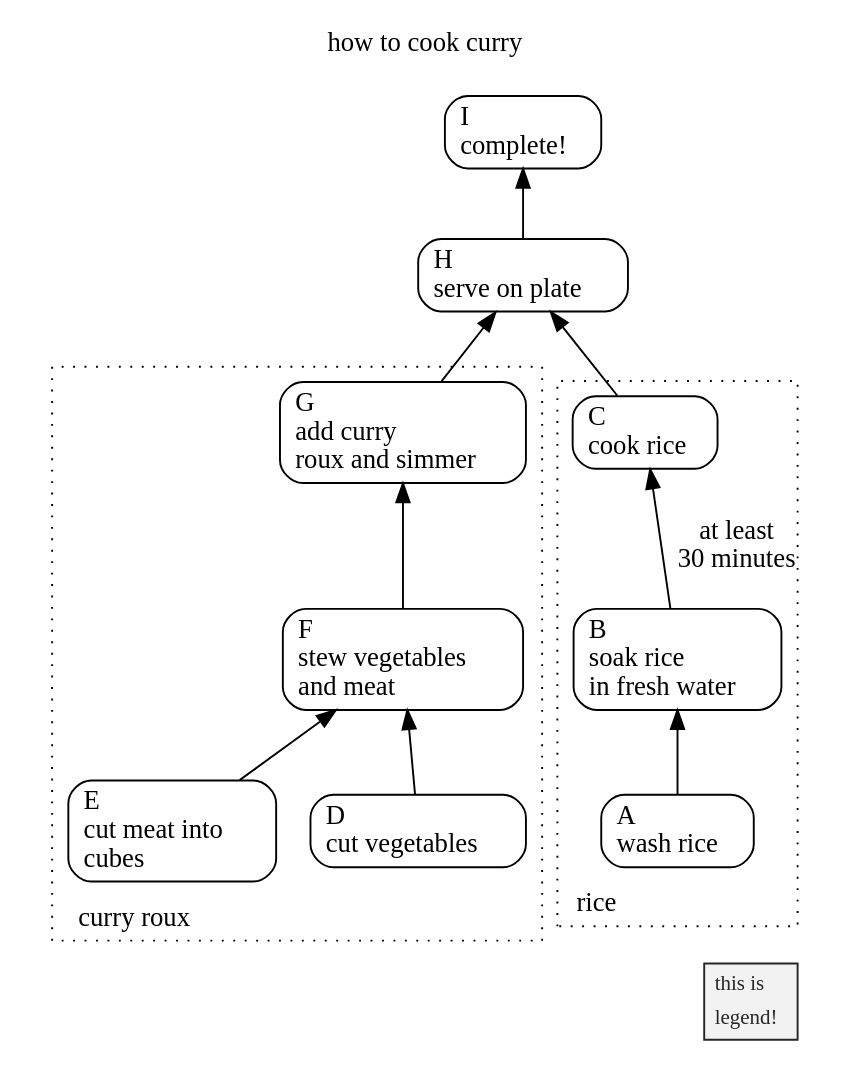
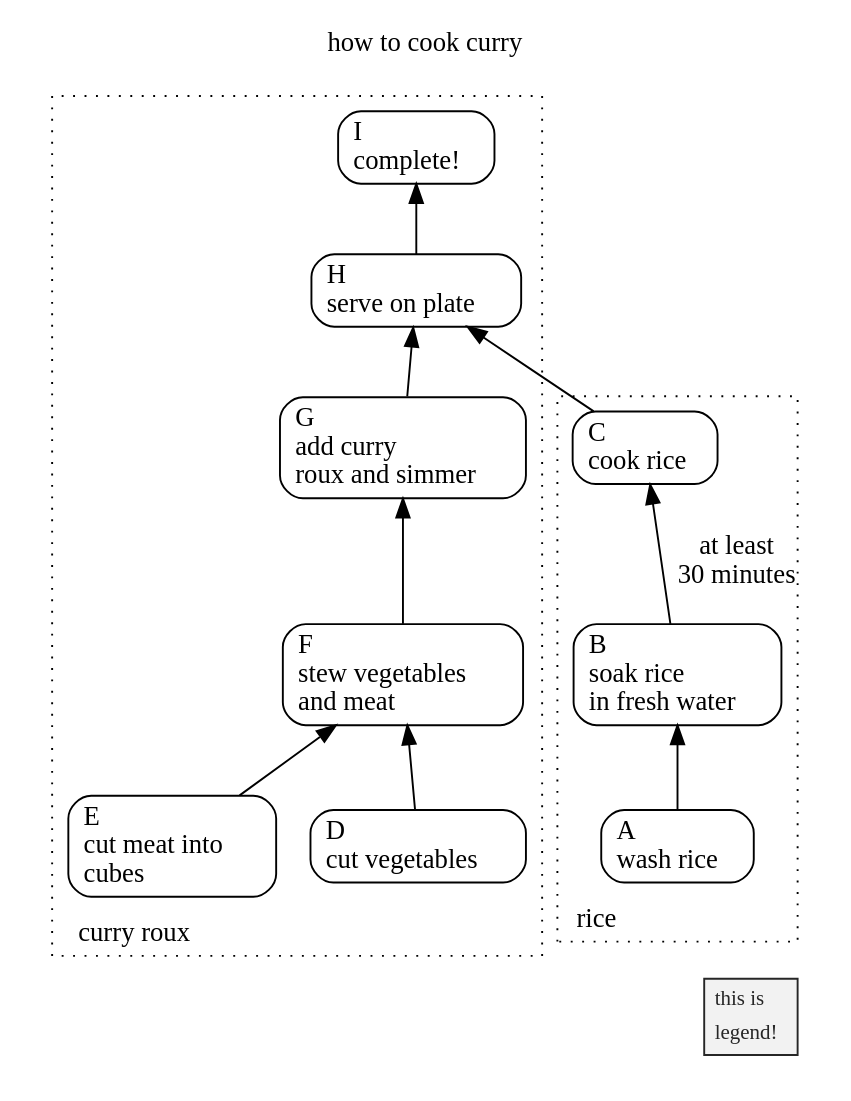
Before and after one commit to btklab/posh-mocks: the second of 3 diagrams in README.md, drawn with Graphviz. The commit also changed other lines of this file and 3 other files, not shown here.

````diff
--- a/README.md
+++ b/README.md
@@ -4208,102 +4208,102 @@
 ```dot
 strict digraph logictree {
 
- graph [
-  charset = "UTF-8";
-  compound = true;
-  fontname = "MS Gothic";
-  label = "how to cook curry";
-  labelloc = "t";
-  rankdir = "BT";
-  newrank = true;
- ];
+  graph [
+    charset = "UTF-8";
+    compound = true;
+    fontname = "MS Gothic";
+    label = "how to cook curry";
+    labelloc = "t";
+    rankdir = "BT";
+    newrank = true;
+  ];
 
- node [
-  fontname = "MS Gothic";
-  shape = "rectangle";
-  style = "rounded,solid";
- ];
+  node [
+    fontname = "MS Gothic";
+    shape = "rectangle";
+    style = "rounded,solid";
+  ];
 
- edge [
-  fontname = "MS Gothic";
-  dir = forward;
- ];
+  edge [
+    fontname = "MS Gothic";
+    dir = forward;
+  ];
 
- // legend subgraph
- subgraph cluster_legend {
-   //peripheries=0;
+  // legend subgraph
+  subgraph cluster_legend {
+    //peripheries=0;
 
 
- // Node settings
-
- subgraph cluster_G1 {
-  label = "rice";
-  shape = "rectangle";
-  style = "dotted";
-  //fontsize = 11;
-  labelloc = "t";
-  labeljust = "l";
-  //-- rice --
-  "A" [label="A\lwash rice\l", shape="rectangle" ];
-  "B" [label="B\lsoak rice \lin fresh water\l", shape="rectangle" ];
-  "C" [label="C\lcook rice\l", shape="rectangle" ];
- };
-
- subgraph cluster_G2 {
-  label = "curry roux";
-  shape = "rectangle";
-  style = "dotted";
-  //fontsize = 11;
-  labelloc = "t";
-  labeljust = "l";
-  //-- curry roux --
-  "D" [label="D\lcut vegetables\l", shape="rectangle" ];
-  "E" [label="E\lcut meat into \lcubes\l", shape="rectangle" ];
-  "F" [label="F\lstew vegetables \land meat\l", shape="rectangle" ];
-  "G" [label="G\ladd curry \lroux and simmer\l", shape="rectangle" ];
- };
-
- "H" [label="H\lserve on plate\l", shape="rectangle" ];
- "I" [label="I\lcomplete!\l", shape="rectangle" ];
+  // Node settings
 
 
- // Edge settings
- "A" -> "B" [style=solid];
- "B" -> "C" [style=solid];
- "D" -> "F" [style=solid];
- "E" -> "F" [style=solid];
- "F" -> "G" [style=solid];
- "C" -> "H" [style=solid];
- "G" -> "H" [style=solid];
- "H" -> "I" [style=solid];
+  subgraph cluster_G1 {
+    label = "rice";
+    shape = "Default";
+    style = "dotted";
+    //fontsize = 11;
+    labelloc = "t";
+    labeljust = "l";
+    "A" [label="A\lwash rice\l", shape="rectangle" ];
+    "B" [label="B\lsoak rice \lin fresh water\l", shape="rectangle" ];
+    "C" [label="C\lcook rice\l", shape="rectangle" ];
 
- // Edge optional settings
- "B" -> "C" [label="at least\n30 minutes", style="solid", dir=forward];
+  };
+
+  subgraph cluster_G2 {
+    label = "curry roux";
+    shape = "Default";
+    style = "dotted";
+    //fontsize = 11;
+    labelloc = "t";
+    labeljust = "l";
+    "D" [label="D\lcut vegetables\l", shape="rectangle" ];
+    "E" [label="E\lcut meat into \lcubes\l", shape="rectangle" ];
+    "F" [label="F\lstew vegetables \land meat\l", shape="rectangle" ];
+    "G" [label="G\ladd curry \lroux and simmer\l", shape="rectangle" ];
+
+    "H" [label="H\lserve on plate\l", shape="rectangle" ];
+    "I" [label="I\lcomplete!\l", shape="rectangle" ];
+
+  };
 
 
- // Dot settings
- //-- dot --
- {rank=same; A, E, D};
+  // Edge settings
+  "A" -> "B" [style=solid];
+  "B" -> "C" [style=solid];
+  "D" -> "F" [style=solid];
+  "E" -> "F" [style=solid];
+  "F" -> "G" [style=solid];
+  "C" -> "H" [style=solid];
+  "G" -> "H" [style=solid];
+  "H" -> "I" [style=solid];
+
+  // Edge optional settings
+  "B" -> "C" [label="at least\n30 minutes", style="solid", dir=forward];
 
 
- // legend block
- graph [
-   labelloc="t";
-   labeljust="r";
-   color="white";
-   label=<
-   <TABLE
-       BORDER="1"
-       CELLBORDER="0"
-       COLOR="gray15"
-       BGCOLOR="gray95"
-   >
-   <TR><TD ALIGN="LEFT"><FONT COLOR="gray15" POINT-SIZE="11">this is</FONT></TD></TR>
-   <TR><TD ALIGN="LEFT"><FONT COLOR="gray15" POINT-SIZE="11">legend!</FONT></TD></TR>
-   </TABLE>>;
- ];
+  // Dot settings
+  {rank=same; A, E, D};
 
-};
+
+  // legend block
+  graph [
+    labelloc="t";
+    labeljust="r";
+    color="white";
+    label=<
+    <TABLE
+      BORDER="1"
+      CELLBORDER="0"
+      COLOR="gray15"
+      BGCOLOR="gray95"
+    >
+    <TR><TD ALIGN="LEFT"><FONT COLOR="gray15" POINT-SIZE="11">this is</FONT></TD></TR>
+    <TR><TD ALIGN="LEFT"><FONT COLOR="gray15" POINT-SIZE="11">legend!</FONT></TD></TR>
+    </TABLE>>;
+  ];
+
+  };
 
 }
 ```
````
